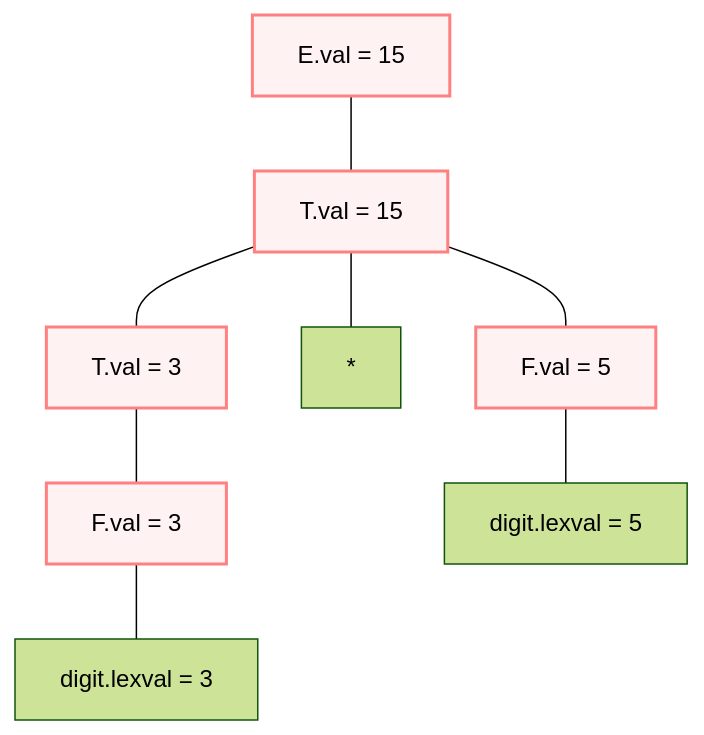
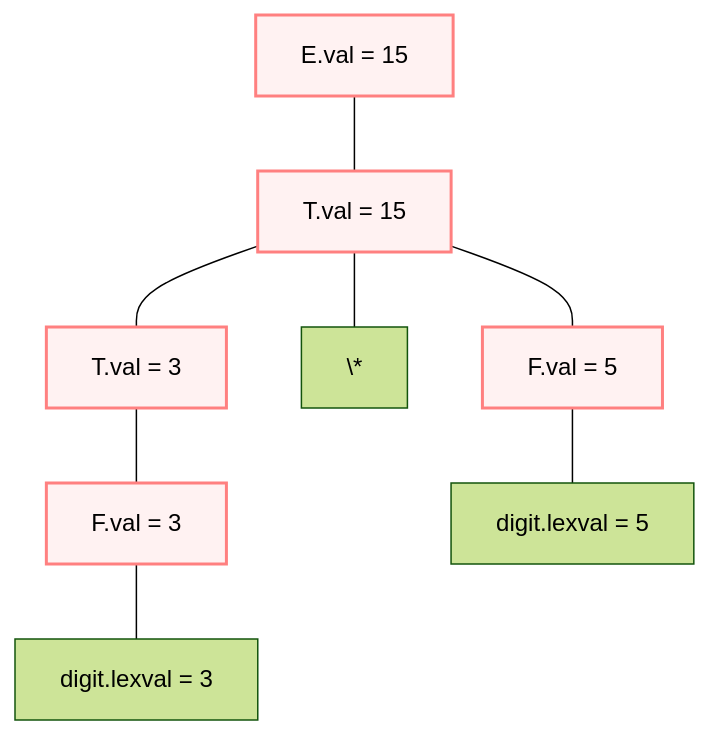
Before and after one commit to Singularity-Ye/Blog-pro: the diagram in public/notes/01_藏经阁（知识库）/格物院（课程与学科）/编译原理/04_语义分析/注释分析树.md, drawn with Mermaid (forest theme). The commit also changed 8 other files, not shown here.

Commit message:
fix(flowchart): correct mouse wheel zoom centering coordinates using synchronized refs

````diff
--- a/public/notes/01_藏经阁（知识库）/格物院（课程与学科）/编译原理/04_语义分析/注释分析树.md
+++ b/public/notes/01_藏经阁（知识库）/格物院（课程与学科）/编译原理/04_语义分析/注释分析树.md
@@ -81,16 +81,16 @@
     ```mermaid
     flowchart TD
         E["E.val = 15"] --- T["T.val = 15"]
         T --- T1["T.val = 3"]
-        T --- OP["*"]
+        T --- OP["\*"]
         T --- F2["F.val = 5"]
         T1 --- F1["F.val = 3"]
         F1 --- D1["digit.lexval = 3"]
         F2 --- D2["digit.lexval = 5"]
         
         style E fill:#fff2f2,stroke:#ff8080,stroke-width:2px;
         style T fill:#fff2f2,stroke:#ff8080,stroke-width:2px;
         style T1 fill:#fff2f2,stroke:#ff8080,stroke-width:2px;
         style F1 fill:#fff2f2,stroke:#ff8080,stroke-width:2px;
         style F2 fill:#fff2f2,stroke:#ff8080,stroke-width:2px;
     ```
````
